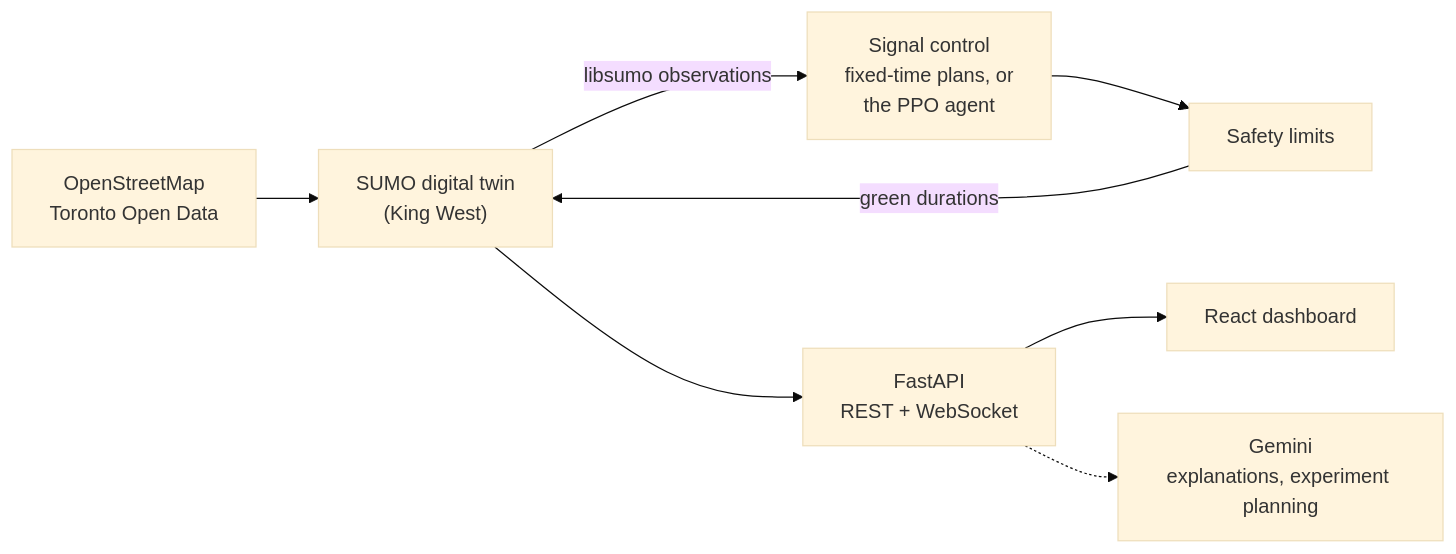
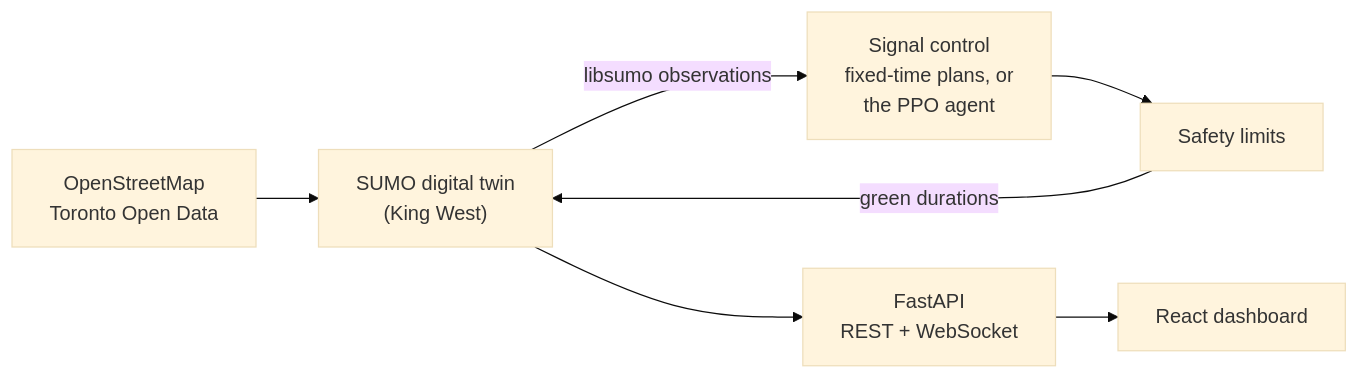
Before and after one commit to coltonalmeida/flow_state: the diagram in README.md, drawn with Mermaid (base theme). The commit also changed other lines of this file, not shown here.

````diff
--- a/README.md
+++ b/README.md
@@ -20,10 +20,9 @@
 ```mermaid
 flowchart LR
     D["OpenStreetMap<br/>Toronto Open Data"] --> T["SUMO digital twin<br/>(King West)"]
     T -- "libsumo observations" --> C["Signal control<br/>fixed-time plans, or<br/>the PPO agent"]
     C --> S["Safety limits"]
     S -- "green durations" --> T
     T --> A["FastAPI<br/>REST + WebSocket"]
     A --> U["React dashboard"]
-    A -.-> G["Gemini<br/>explanations, experiment planning"]
 ```
````
